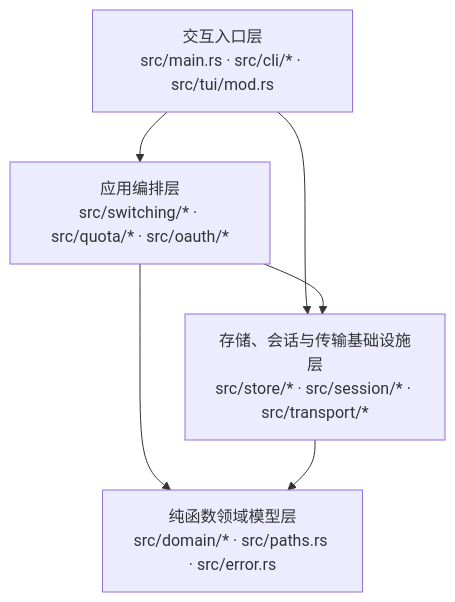
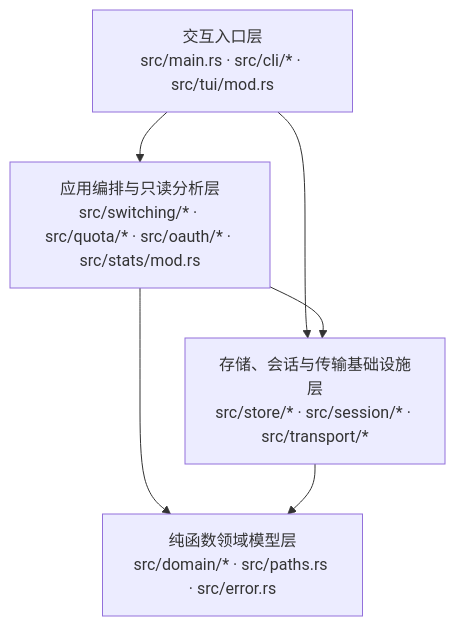
Before and after one commit to MatrixC7/agy-switch-cli: the first of 2 diagrams in docs/architecture-and-verification.md, drawn with Mermaid. The commit also changed other lines of this file and 45 other files, not shown here.

````diff
--- a/docs/architecture-and-verification.md
+++ b/docs/architecture-and-verification.md
@@ -45,13 +48,13 @@
 ```mermaid
 flowchart TD
     CLI["交互入口层<br/>src/main.rs · src/cli/* · src/tui/mod.rs"]
-    APP["应用编排层<br/>src/switching/* · src/quota/* · src/oauth/*"]
+    APP["应用编排与只读分析层<br/>src/switching/* · src/quota/* · src/oauth/* · src/stats/mod.rs"]
     INFRA["存储、会话与传输基础设施层<br/>src/store/* · src/session/* · src/transport/*"]
     DOMAIN["纯函数领域模型层<br/>src/domain/* · src/paths.rs · src/error.rs"]
 
     CLI --> APP
     CLI --> INFRA
     APP --> INFRA
     APP --> DOMAIN
     INFRA --> DOMAIN
 ```
````
